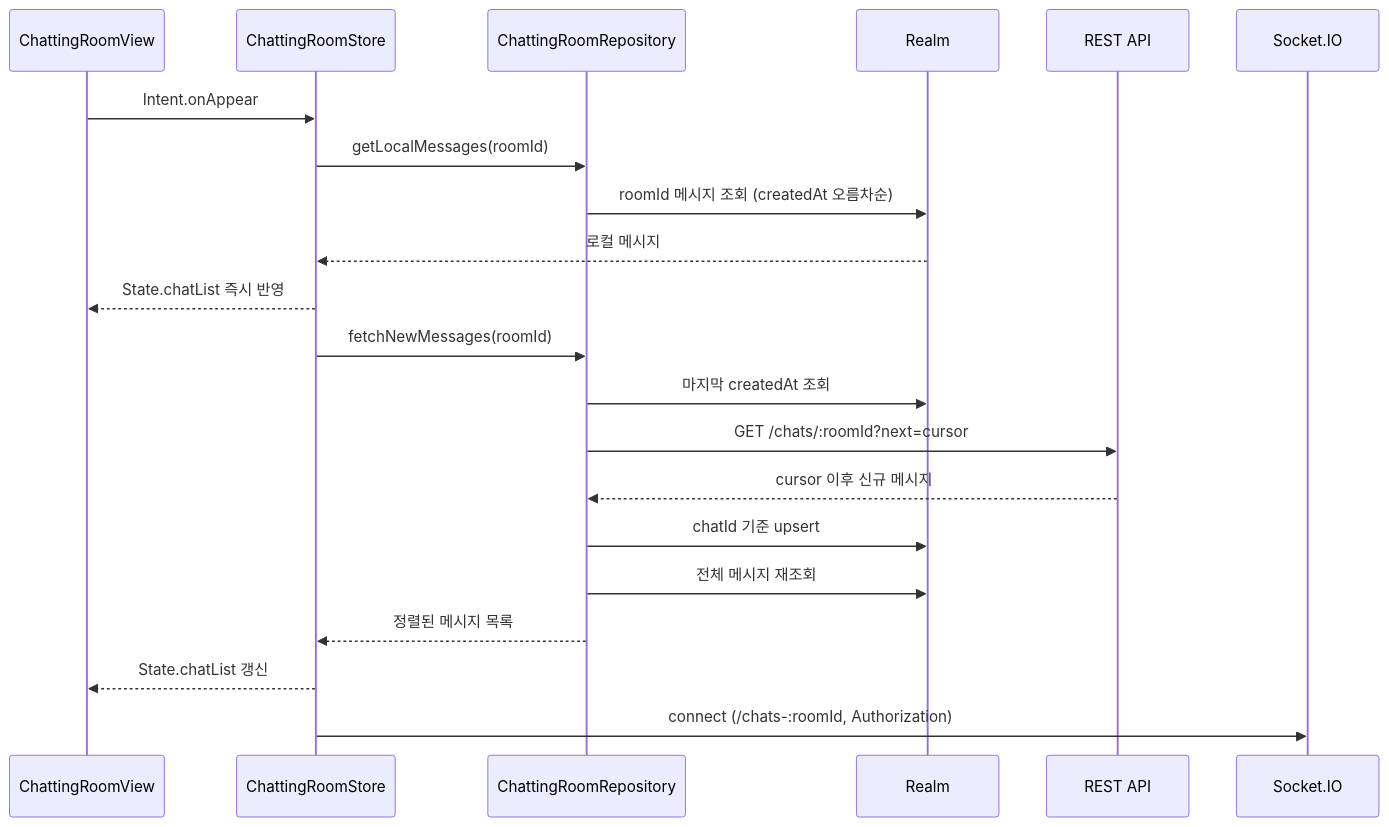
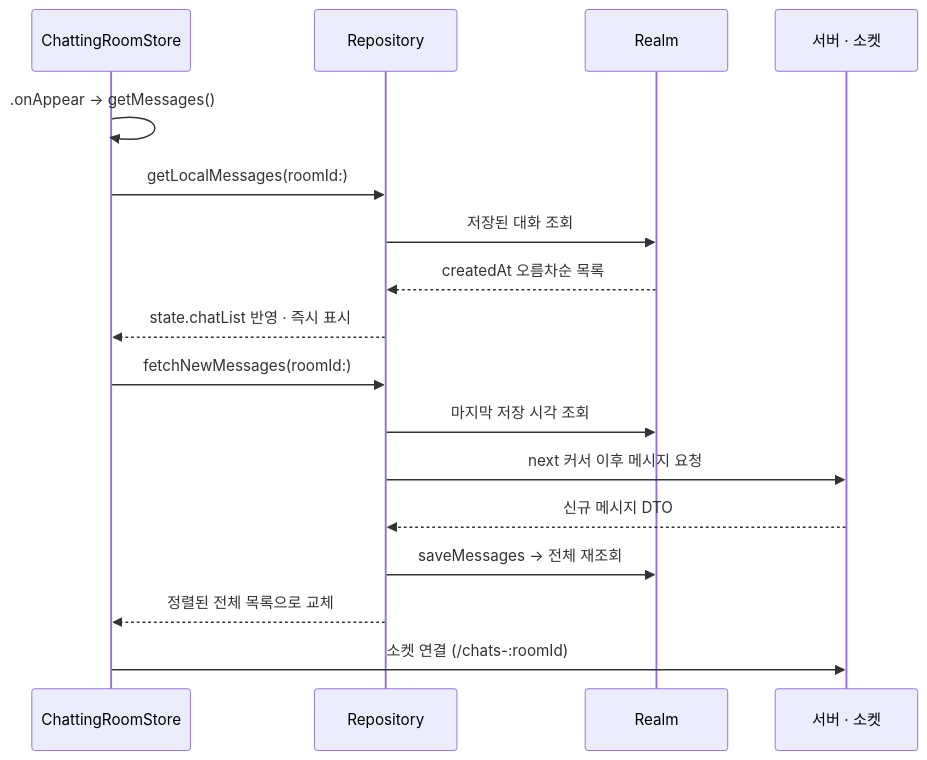
The sixth of 10 diagrams in README.md (Maekiee/FlowLab), drawn with Mermaid before and after one commit. The commit also changed other lines of this file, not shown here.

````diff
--- a/README.md
+++ b/README.md
@@ -304,24 +303,20 @@
 ```mermaid
 sequenceDiagram
-    participant V as ChattingRoomView
     participant S as ChattingRoomStore
-    participant R as ChattingRoomRepository
+    participant R as Repository
     participant L as Realm
-    participant API as REST API
-    participant IO as Socket.IO
+    participant N as 서버 · 소켓
 
-    V->>S: Intent.onAppear
-    S->>R: getLocalMessages(roomId)
-    R->>L: roomId 메시지 조회 (createdAt 오름차순)
-    L-->>S: 로컬 메시지
-    S-->>V: State.chatList 즉시 반영
-    S->>R: fetchNewMessages(roomId)
-    R->>L: 마지막 createdAt 조회
-    R->>API: GET /chats/:roomId?next=cursor
-    API-->>R: cursor 이후 신규 메시지
-    R->>L: chatId 기준 upsert
-    R->>L: 전체 메시지 재조회
-    R-->>S: 정렬된 메시지 목록
-    S-->>V: State.chatList 갱신
-    S->>IO: connect (/chats-:roomId, Authorization)
+    S->>S: .onAppear → getMessages()
+    S->>R: getLocalMessages(roomId:)
+    R->>L: 저장된 대화 조회
+    L-->>R: createdAt 오름차순 목록
+    R-->>S: state.chatList 반영 · 즉시 표시
+    S->>R: fetchNewMessages(roomId:)
+    R->>L: 마지막 저장 시각 조회
+    R->>N: next 커서 이후 메시지 요청
+    N-->>R: 신규 메시지 DTO
+    R->>L: saveMessages → 전체 재조회
+    R-->>S: 정렬된 전체 목록으로 교체
+    S->>N: 소켓 연결 (/chats-:roomId)
 ```
````
